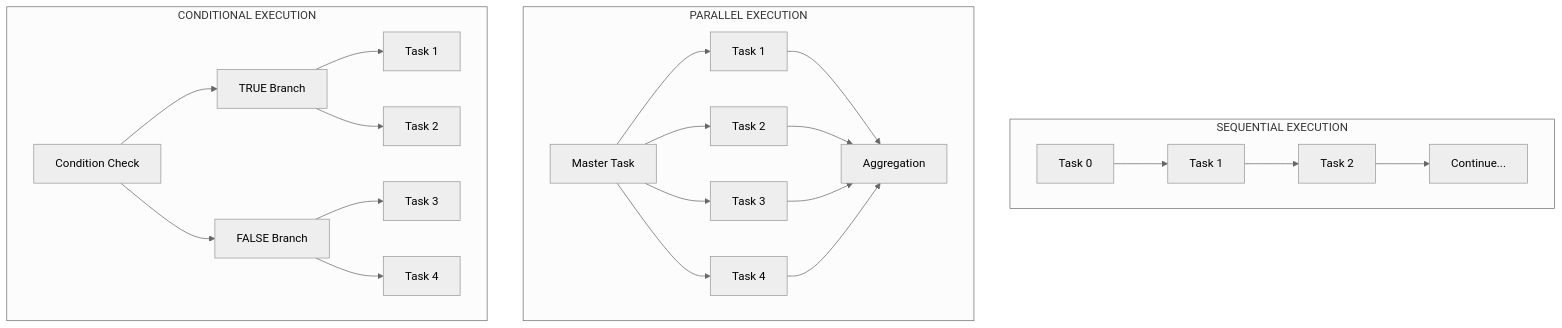
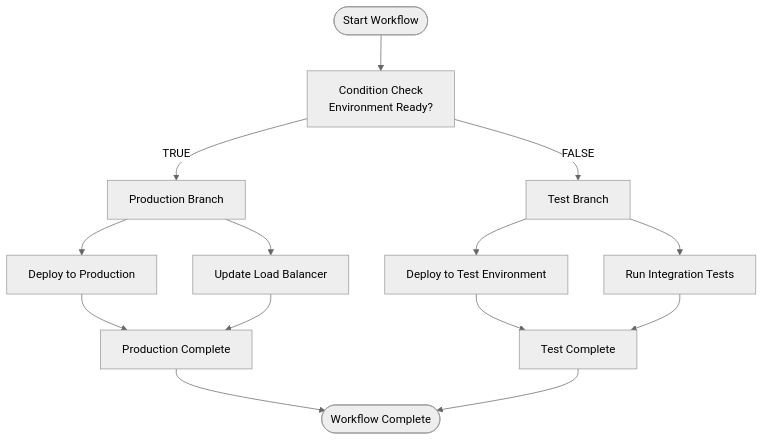
Before and after one commit to bastelbude1/Tasker: the third of 4 diagrams in README.md, drawn with Mermaid (neutral theme). The commit also changed other lines of this file, not shown here.

````diff
--- a/README.md
+++ b/README.md
@@ -97,28 +132,19 @@
 ```mermaid
-graph TB
-    subgraph "SEQUENTIAL EXECUTION"
-        S1[Task 0] --> S2[Task 1]
-        S2 --> S3[Task 2]
-        S3 --> S4[Continue...]
-    end
+graph TD
+    Start([Start Workflow]) --> Check[Condition Check<br/>Environment Ready?]
+    Check -->|TRUE| ProdBranch[Production Branch]
+    Check -->|FALSE| TestBranch[Test Branch]
 
-    subgraph "PARALLEL EXECUTION"
-        PM[Master Task] --> P1[Task 1]
-        PM --> P2[Task 2]
-        PM --> P3[Task 3]
-        PM --> P4[Task 4]
-        P1 --> PA[Aggregation]
-        P2 --> PA
-        P3 --> PA
-        P4 --> PA
-    end
+    ProdBranch --> P1[Deploy to Production]
+    ProdBranch --> P2[Update Load Balancer]
+    P1 --> ProdEnd[Production Complete]
+    P2 --> ProdEnd
 
-    subgraph "CONDITIONAL EXECUTION"
-        CC[Condition Check] --> CT[TRUE Branch]
-        CC --> CF[FALSE Branch]
-        CT --> CT1[Task 1]
-        CT --> CT2[Task 2]
-        CF --> CF1[Task 3]
-        CF --> CF2[Task 4]
-    end
+    TestBranch --> T1[Deploy to Test Environment]
+    TestBranch --> T2[Run Integration Tests]
+    T1 --> TestEnd[Test Complete]
+    T2 --> TestEnd
+
+    ProdEnd --> Final([Workflow Complete])
+    TestEnd --> Final
 ```
````
